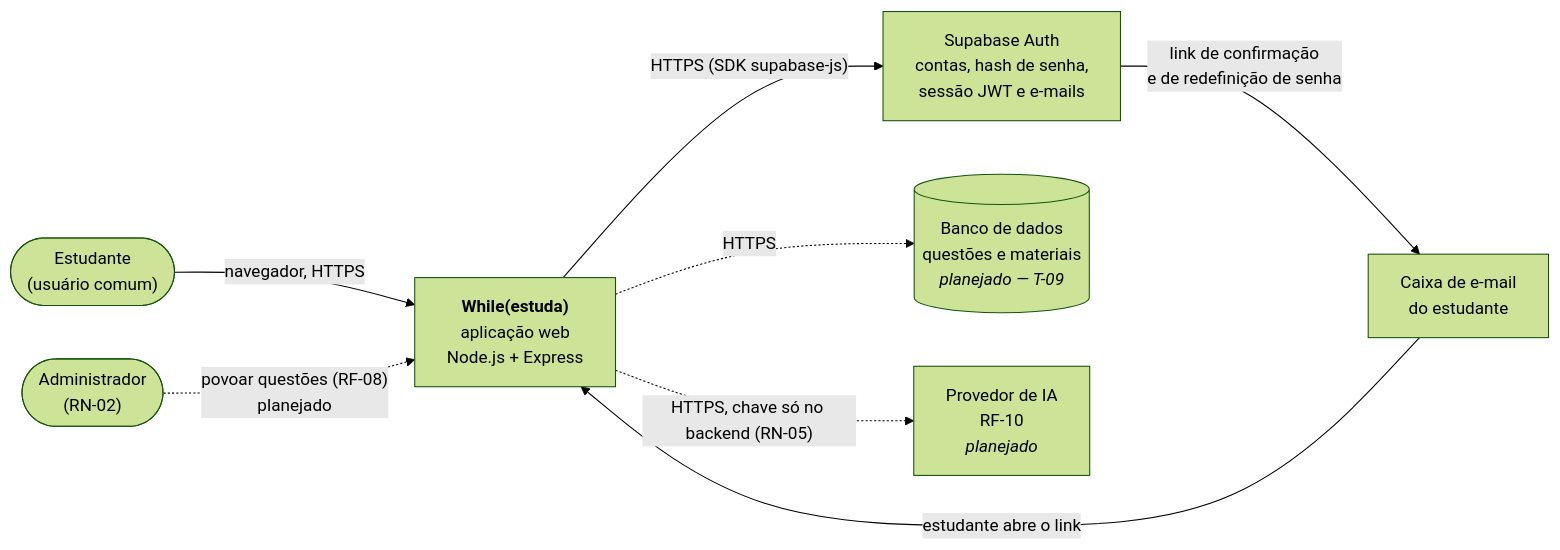
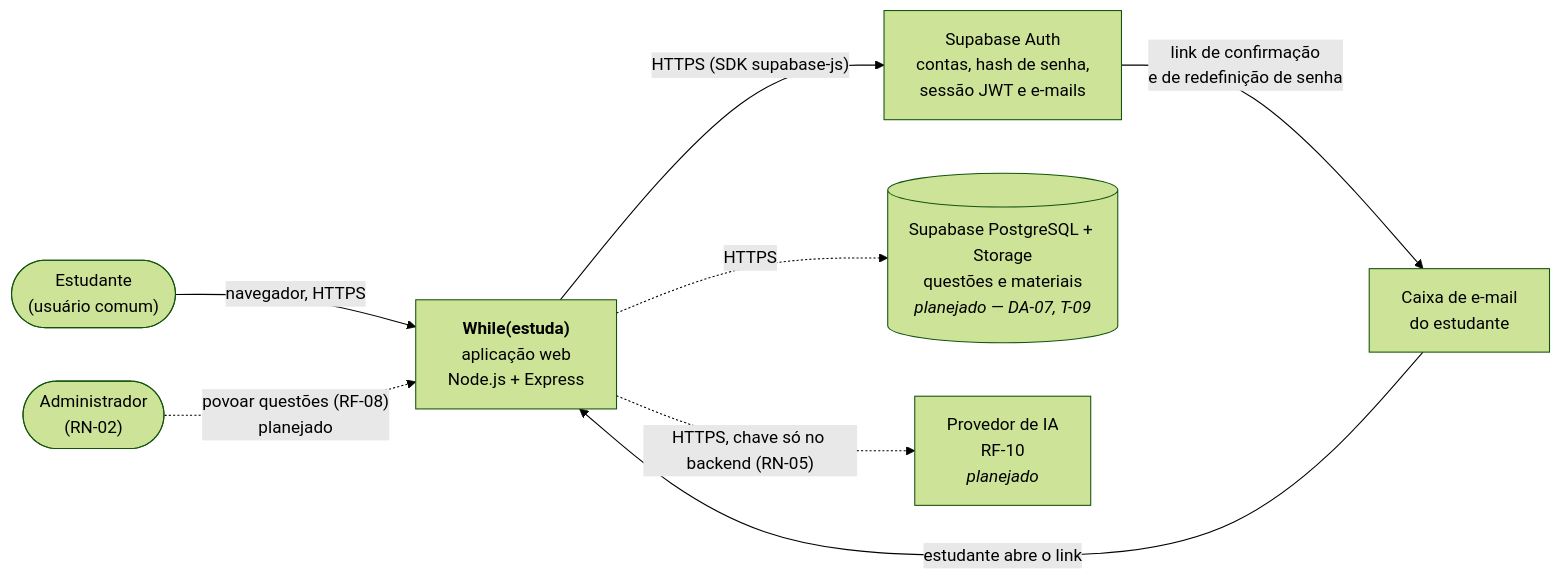
Before and after one commit to pstehling/tp-eng-software: the first of 3 diagrams in docs/arquitetura/arquitetura.md, drawn with Mermaid (forest theme). The commit also changed other lines of this file and 4 other files, not shown here.

````diff
--- a/docs/arquitetura/arquitetura.md
+++ b/docs/arquitetura/arquitetura.md
@@ -59,18 +59,18 @@
 ```mermaid
 flowchart LR
     E(["Estudante<br/>(usuário comum)"])
     A(["Administrador<br/>(RN-02)"])
     W["<b>While(estuda)</b><br/>aplicação web<br/>Node.js + Express"]
     AUTH["Supabase Auth<br/>contas, hash de senha,<br/>sessão JWT e e-mails"]
-    DB[("Banco de dados<br/>questões e materiais<br/><i>planejado — T-09</i>")]
+    DB[("Supabase PostgreSQL + Storage<br/>questões e materiais<br/><i>planejado — DA-07, T-09</i>")]
     IA["Provedor de IA<br/>RF-10<br/><i>planejado</i>"]
     MAIL["Caixa de e-mail<br/>do estudante"]
 
     E -- "navegador, HTTPS" --> W
     A -. "povoar questões (RF-08)<br/>planejado" .-> W
     W -- "HTTPS (SDK supabase-js)" --> AUTH
     AUTH -- "link de confirmação<br/>e de redefinição de senha" --> MAIL
     MAIL -- "estudante abre o link" --> W
     W -. "HTTPS" .-> DB
     W -. "HTTPS, chave só no backend (RN-05)" .-> IA
 ```
````
